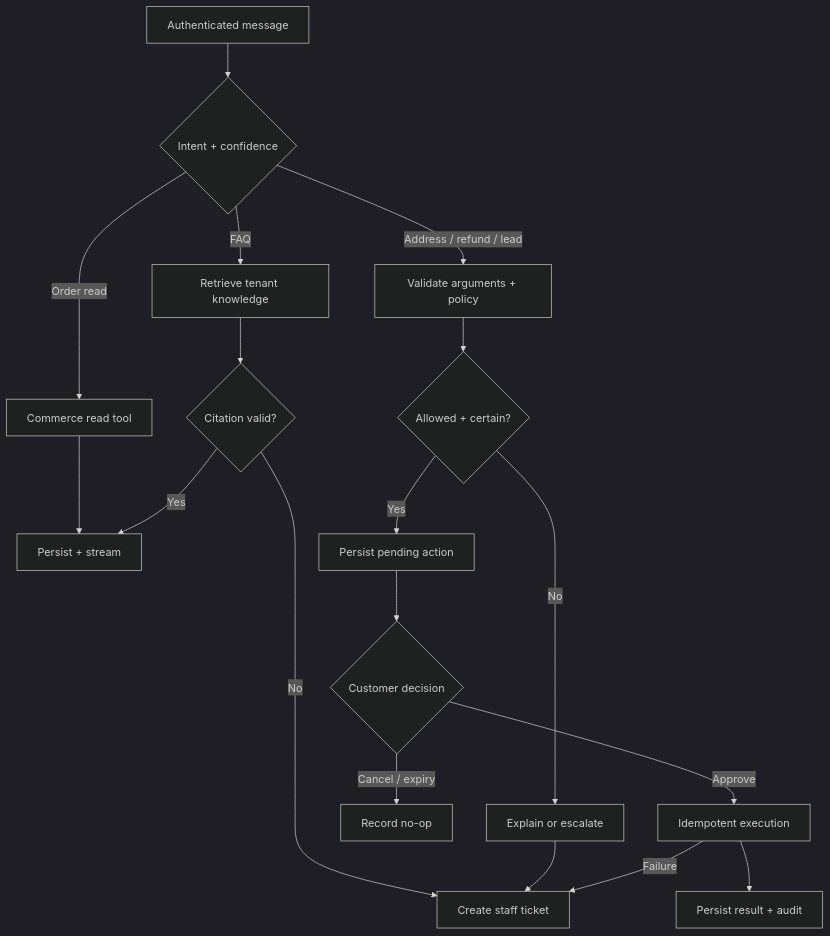
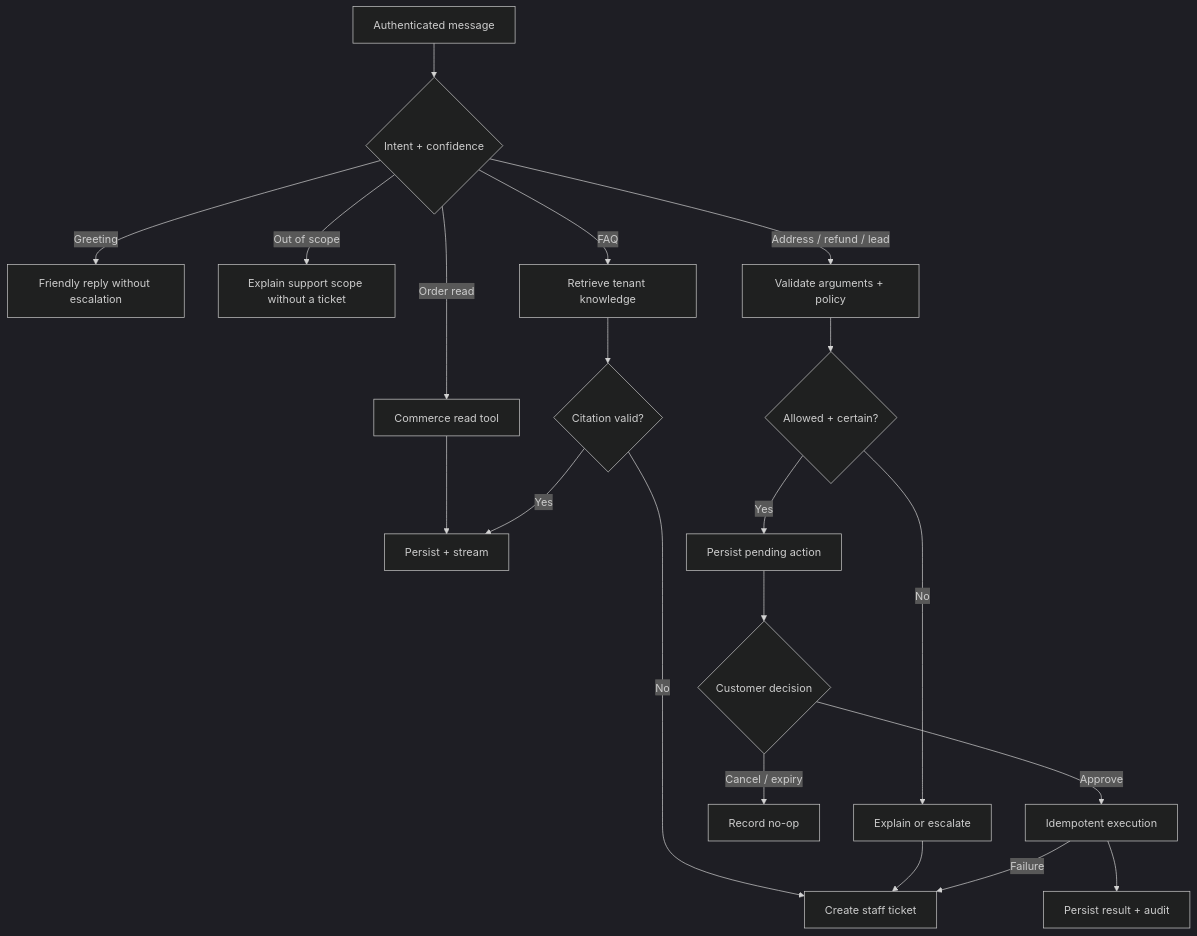
One commit to medalieli/ai-customer-support-agent changed the second of 2 diagrams in docs/portfolio/CASE_STUDY.md. Above: the diagram before and after it, drawn with Mermaid (dark theme). The commit also changed other lines of this file and 71 other files, not shown here.

````diff
--- a/docs/portfolio/CASE_STUDY.md
+++ b/docs/portfolio/CASE_STUDY.md
@@ -30,20 +30,22 @@
 ```mermaid
 flowchart TD
   Input[Authenticated message] --> Route{Intent + confidence}
+  Route -->|Greeting| Greeting[Friendly reply without escalation]
+  Route -->|Out of scope| Scope[Explain support scope without a ticket]
   Route -->|FAQ| RAG[Retrieve tenant knowledge]
   Route -->|Order read| Read[Commerce read tool]
   Route -->|Address / refund / lead| Policy[Validate arguments + policy]
   RAG --> Grounded{Citation valid?}
   Read --> Respond[Persist + stream]
   Policy --> Eligible{Allowed + certain?}
   Eligible -->|No| Explain[Explain or escalate]
   Eligible -->|Yes| Pause[Persist pending action]
   Pause --> Decision{Customer decision}
   Decision -->|Cancel / expiry| Stop[Record no-op]
   Decision -->|Approve| Execute[Idempotent execution]
   Execute --> Audit[Persist result + audit]
   Grounded -->|Yes| Respond
   Grounded -->|No| Handoff[Create staff ticket]
   Explain --> Handoff
   Execute -->|Failure| Handoff
 ```
````
